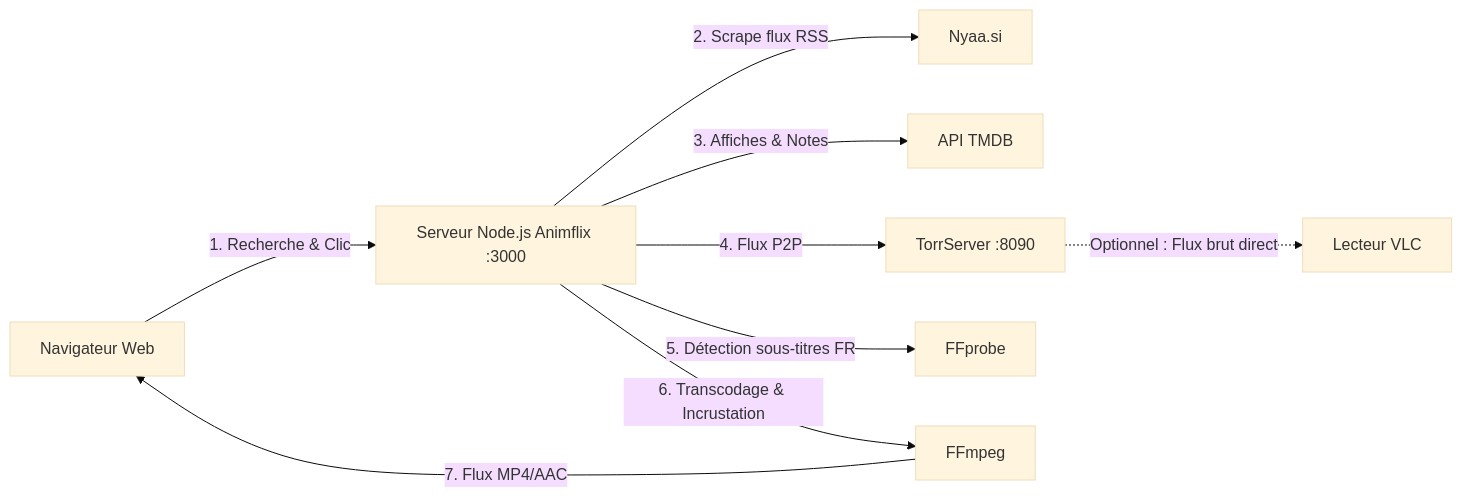
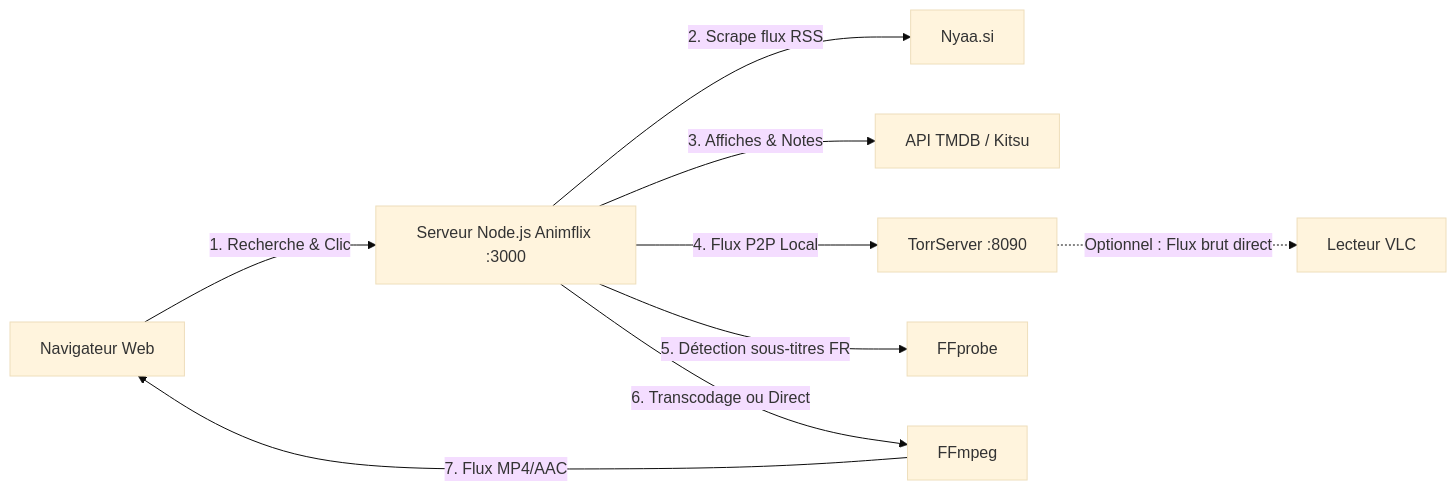
Before and after one commit to KaitaoSup/animflix: the diagram in README.md, drawn with Mermaid (base theme). The commit also changed other lines of this file and 6 other files, not shown here.

````diff
--- a/README.md
+++ b/README.md
@@ -30,11 +43,11 @@
 ```mermaid
 flowchart LR
     A[Navigateur Web] -->|1. Recherche & Clic| B[Serveur Node.js Animflix :3000]
     B -->|2. Scrape flux RSS| C[Nyaa.si]
-    B -->|3. Affiches & Notes| D[API TMDB]
-    B -->|4. Flux P2P| E[TorrServer :8090]
+    B -->|3. Affiches & Notes| D[API TMDB / Kitsu]
+    B -->|4. Flux P2P Local| E[TorrServer :8090]
     B -->|5. Détection sous-titres FR| F[FFprobe]
-    B -->|6. Transcodage & Incrustation| G[FFmpeg]
+    B -->|6. Transcodage ou Direct| G[FFmpeg]
     G -->|7. Flux MP4/AAC| A
     E -.->|Optionnel : Flux brut direct| H[Lecteur VLC]
 ```
````
